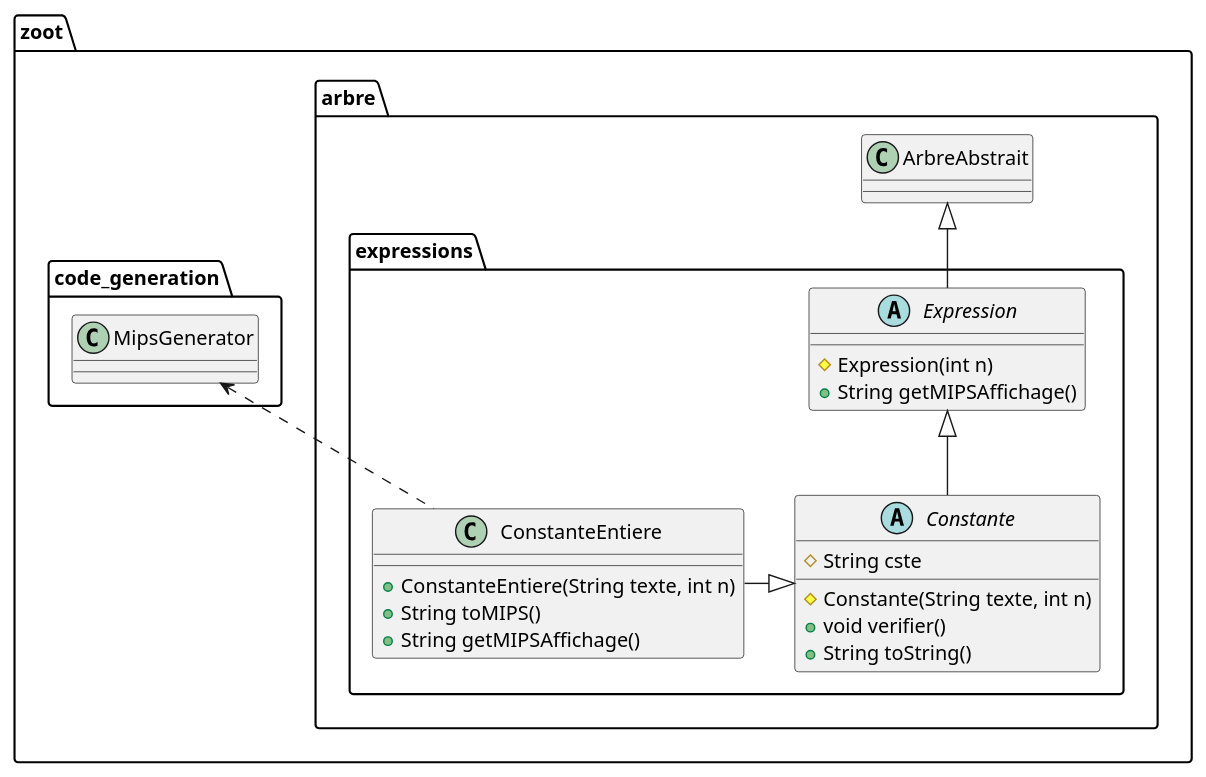
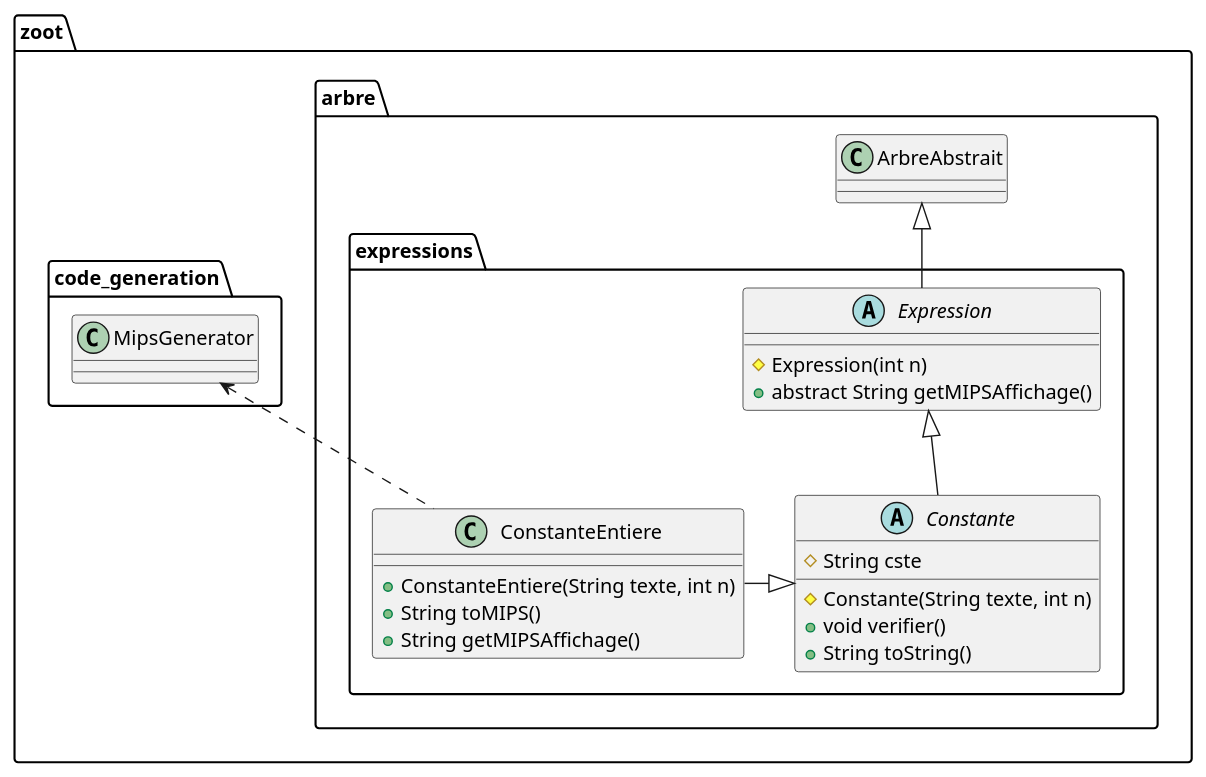
The diagram in diagrammes/classe/expressions.puml (lmtb06/zoot), drawn with PlantUML before and after one commit. The commit also changed 12 other files, not shown here.

```diff
--- a/diagrammes/classe/expressions.puml
+++ b/diagrammes/classe/expressions.puml
@@ -1,28 +1,28 @@
 @startuml "Package expressions"
 namespace zoot.arbre.expressions {
     ' Includes
     ' Classes
     abstract class Constante {
         # String cste
         # Constante(String texte, int n)
         + void verifier()
         + String toString()
     }
 
     class ConstanteEntiere {
         + ConstanteEntiere(String texte, int n)
         + String toMIPS()
         + String getMIPSAffichage()
     }
 
     abstract class Expression {
         # Expression(int n)
-        + String getMIPSAffichage()
+        + abstract String getMIPSAffichage()
     }
     ' Relations entre les classes
     Constante -up-|> Expression
     ConstanteEntiere -right-|> Constante
     Expression -up-|> zoot.arbre.ArbreAbstrait
     ConstanteEntiere .up.> zoot.code_generation.MipsGenerator
 }
 @enduml
```
